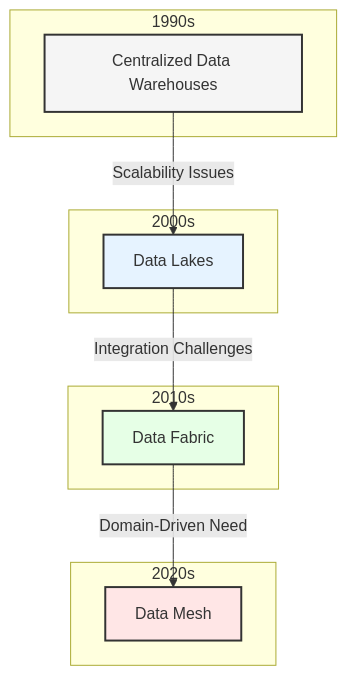
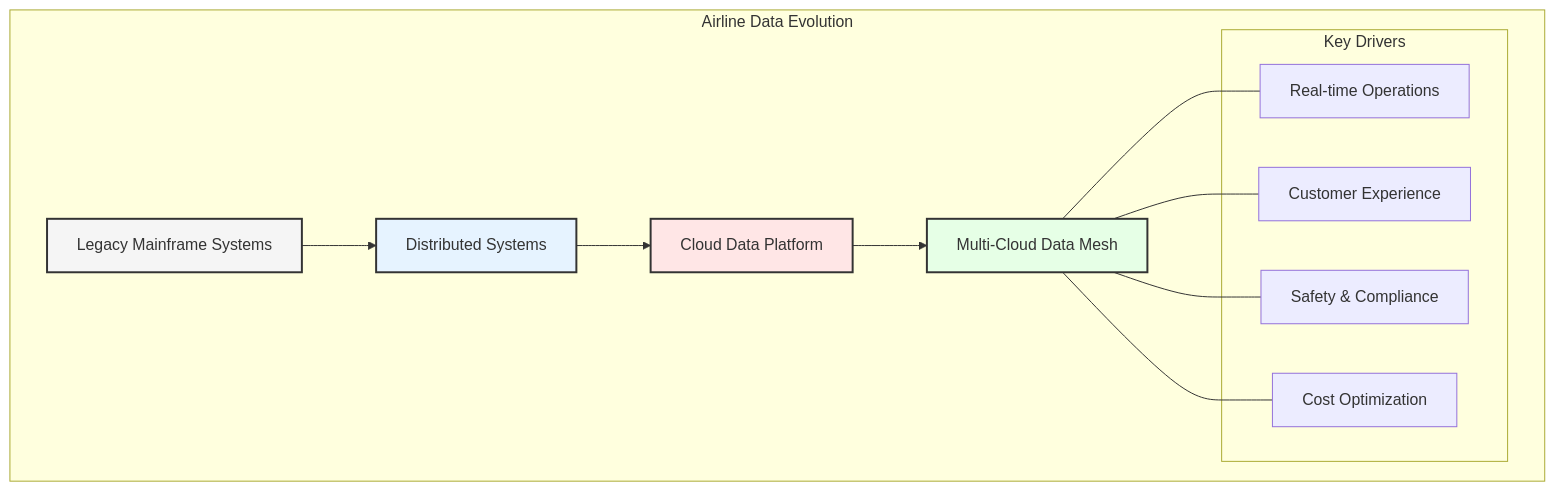
The first of 3 diagrams in enterprise_data_architecture/chapters/01_introduction.md (data-octo/agentic_ai_research), drawn with Mermaid before and after one commit. The commit also changed other lines of this file and 11 other files, not shown here.

````diff
--- a/enterprise_data_architecture/chapters/01_introduction.md
+++ b/enterprise_data_architecture/chapters/01_introduction.md
@@ -7,24 +7,25 @@
 ```mermaid
 graph TB
-    subgraph 1990s
-        A[Centralized Data Warehouses]
+    subgraph "Airline Data Evolution"
+        A[Legacy Mainframe Systems] --> B[Distributed Systems]
+        B --> C[Cloud Data Platform]
+        C --> D[Multi-Cloud Data Mesh]
+        
+        subgraph "Key Drivers"
+            E[Real-time Operations]
+            F[Customer Experience]
+            G[Safety & Compliance]
+            H[Cost Optimization]
+        end
+        
+        D --- E
+        D --- F
+        D --- G
+        D --- H
     end
-    subgraph 2000s
-        B[Data Lakes]
-    end
-    subgraph 2010s
-        C[Data Fabric]
-    end
-    subgraph 2020s
-        D[Data Mesh]
-    end
-    
-    A -->|Scalability Issues| B
-    B -->|Integration Challenges| C
-    C -->|Domain-Driven Need| D
     
     style A fill:#f5f5f5,stroke:#333,stroke-width:2px
     style B fill:#e6f3ff,stroke:#333,stroke-width:2px
-    style C fill:#e6ffe6,stroke:#333,stroke-width:2px
-    style D fill:#ffe6e6,stroke:#333,stroke-width:2px
+    style C fill:#ffe6e6,stroke:#333,stroke-width:2px
+    style D fill:#e6ffe6,stroke:#333,stroke-width:2px
 ```
````
